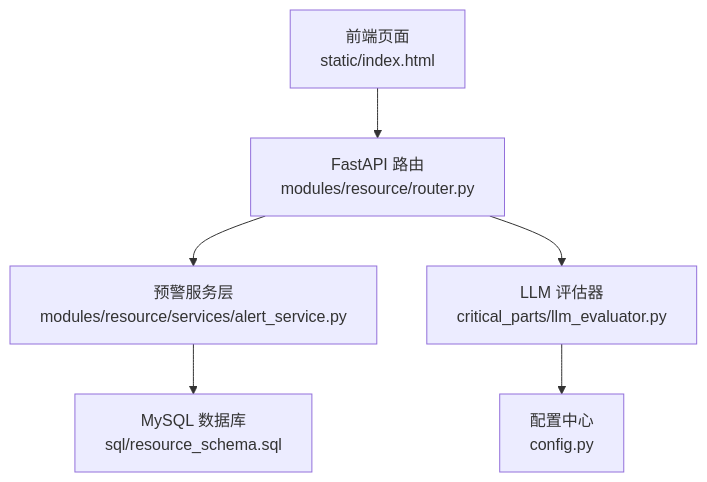
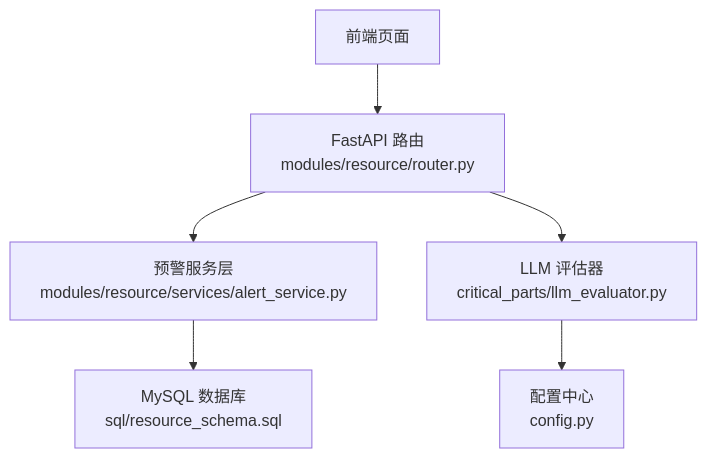
The first of 8 diagrams in .qoder/repowiki/zh/content/资源管理模块/异常预警.md (JiaStan/shizhi_system_df), drawn with Mermaid before and after one commit. The commit also changed other lines of this file and 53 other files, not shown here.

````diff
--- a/.qoder/repowiki/zh/content/资源管理模块/异常预警.md
+++ b/.qoder/repowiki/zh/content/资源管理模块/异常预警.md
@@ -37,8 +44,8 @@
 ```mermaid
 graph TB
-Client["前端页面<br/>static/index.html"] --> Router["FastAPI 路由<br/>modules/resource/router.py"]
+Client["前端页面"] --> Router["FastAPI 路由<br/>modules/resource/router.py"]
 Router --> Service["预警服务层<br/>modules/resource/services/alert_service.py"]
 Service --> DB["MySQL 数据库<br/>sql/resource_schema.sql"]
 Router --> LLM["LLM 评估器<br/>critical_parts/llm_evaluator.py"]
 LLM --> Config["配置中心<br/>config.py"]
 ```
````
